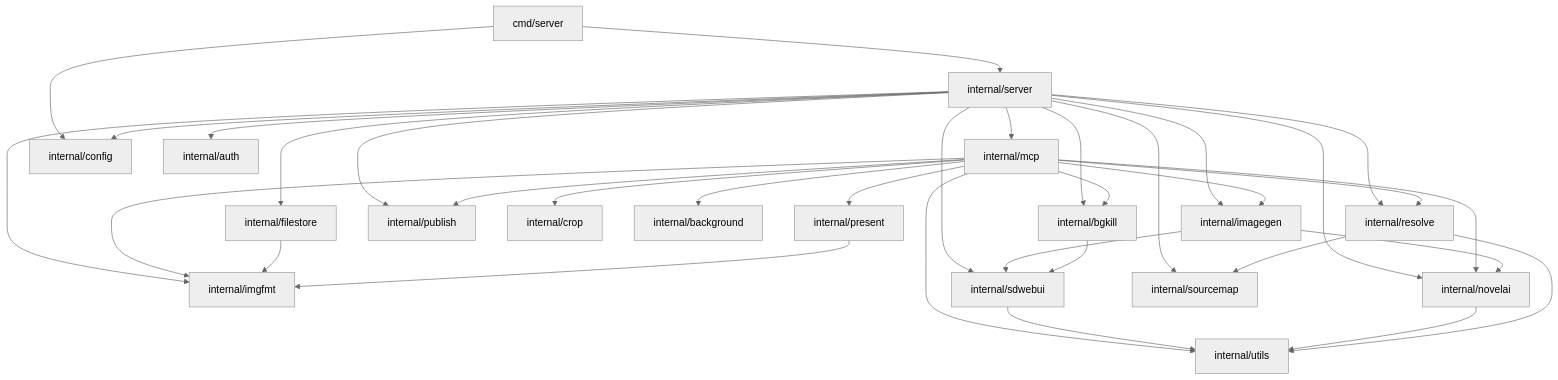
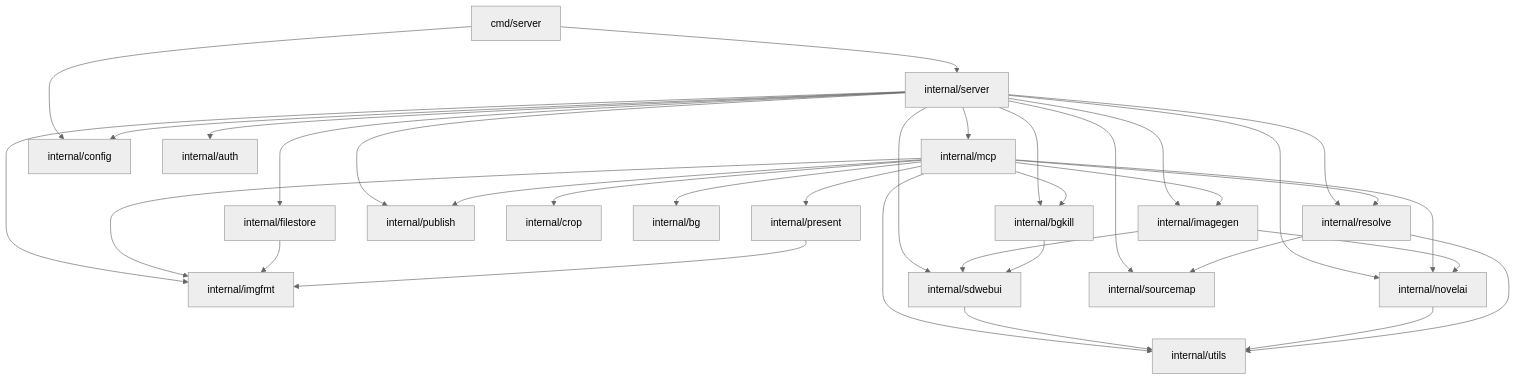
Before and after one commit to wishmatic/neo-mcp: the diagram in AGENTS.md, drawn with Mermaid (neutral theme). The commit also changed 10 other files, not shown here.

````diff
--- a/AGENTS.md
+++ b/AGENTS.md
@@ -75,59 +75,59 @@
 ```mermaid
 flowchart TD
     cmd["cmd/server"]
     server["internal/server"]
     mcp["internal/mcp"]
     imagegen["internal/imagegen"]
     bgkill["internal/bgkill"]
     present["internal/present"]
     publish["internal/publish"]
     crop["internal/crop"]
-    background["internal/background"]
+    bg["internal/bg"]
     imgfmt["internal/imgfmt"]
     sdwebui["internal/sdwebui"]
     novelai["internal/novelai"]
     sourcemap["internal/sourcemap"]
     resolve["internal/resolve"]
     filestore["internal/filestore"]
     config["internal/config"]
     auth["internal/auth"]
     utils["internal/utils"]
 
     cmd --> server
     cmd --> config
 
     server --> mcp
     server --> imagegen
     server --> bgkill
     server --> publish
     server --> auth
     server --> config
     server --> sdwebui
     server --> novelai
     server --> resolve
     server --> filestore
     server --> imgfmt
     server --> sourcemap
 
     mcp --> imagegen
     mcp --> bgkill
     mcp --> crop
-    mcp --> background
+    mcp --> bg
     mcp --> present
     mcp --> publish
     mcp --> imgfmt
     mcp --> novelai
     mcp --> resolve
     mcp --> utils
 
     imagegen --> sdwebui
     imagegen --> novelai
     bgkill --> sdwebui
     filestore --> imgfmt
     present --> imgfmt
 
     sdwebui --> utils
     novelai --> utils
     resolve --> sourcemap
     resolve --> utils
 ```
````
